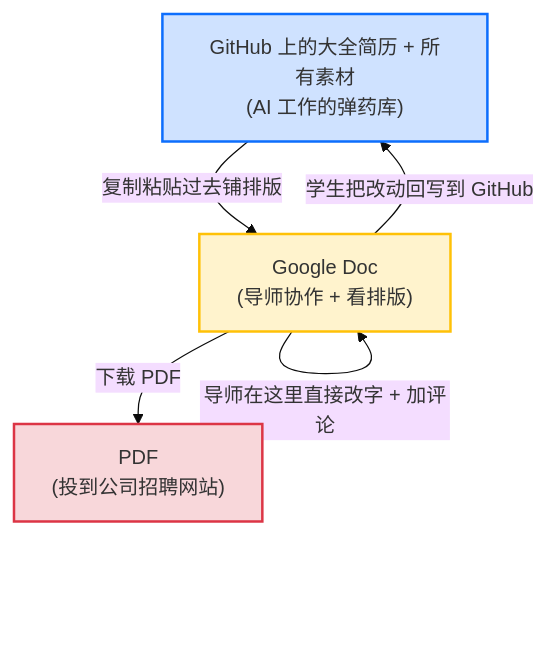
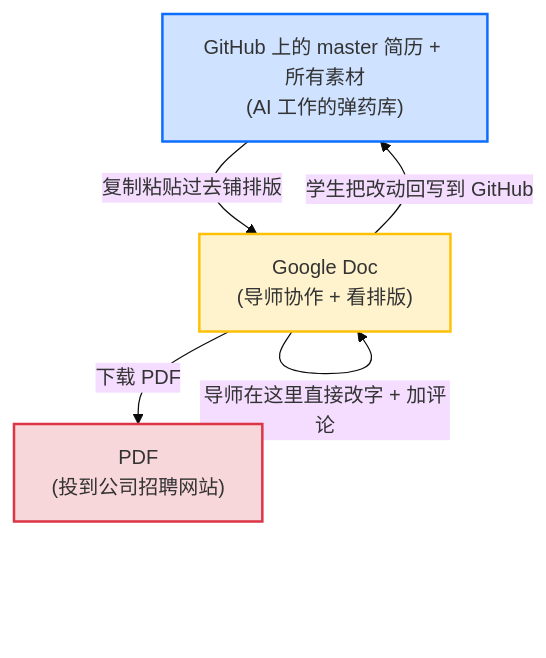
The first of 2 diagrams in examples/11-submit-and-collaborate/README-cn.md (YingqiangYuan/Resume_Matrix), drawn with Mermaid (base theme) before and after one commit. The commit also changed other lines of this file and 4 other files, not shown here.

````diff
--- a/examples/11-submit-and-collaborate/README-cn.md
+++ b/examples/11-submit-and-collaborate/README-cn.md
@@ -118,15 +112,15 @@
 ```mermaid
 flowchart TD
-    GH["GitHub 上的大全简历 + 所有素材<br/>(AI 工作的弹药库)"]
+    GH["GitHub 上的 master 简历 + 所有素材<br/>(AI 工作的弹药库)"]
     GD["Google Doc<br/>(导师协作 + 看排版)"]
     PDF["PDF<br/>(投到公司招聘网站)"]
 
     GH -->|"复制粘贴过去铺排版"| GD
     GD -->|"导师在这里直接改字 + 加评论"| GD
     GD -->|"学生把改动回写到 GitHub"| GH
     GD -->|"下载 PDF"| PDF
 
     style GH fill:#cfe2ff,stroke:#0d6efd,stroke-width:2px
     style GD fill:#fff3cd,stroke:#ffc107,stroke-width:2px
     style PDF fill:#f8d7da,stroke:#dc3545,stroke-width:2px
 ```
````
